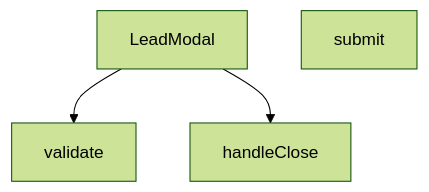
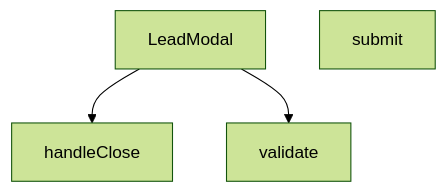
The diagram in src/components/LeadModal.md (peckop/venthub-hvac-esite), drawn with Mermaid (forest theme) before and after one commit. The commit also changed other lines of this file and 723 other files, not shown here.

````diff
--- a/src/components/LeadModal.md
+++ b/src/components/LeadModal.md
@@ -136,9 +119,9 @@
 ```mermaid
 graph TD
     LeadModal_tsx__LeadModal["LeadModal"]
     LeadModal_tsx__handleClose["handleClose"]
     LeadModal_tsx__submit["submit"]
     LeadModal_tsx__validate["validate"]
+    LeadModal_tsx__LeadModal --> LeadModal_tsx__handleClose
     LeadModal_tsx__LeadModal --> LeadModal_tsx__validate
-    LeadModal_tsx__LeadModal --> LeadModal_tsx__handleClose
 ```
````
